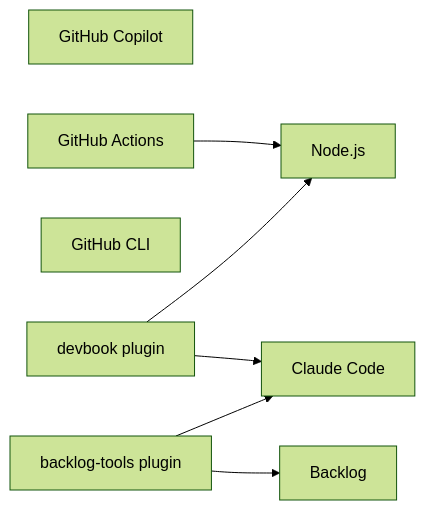
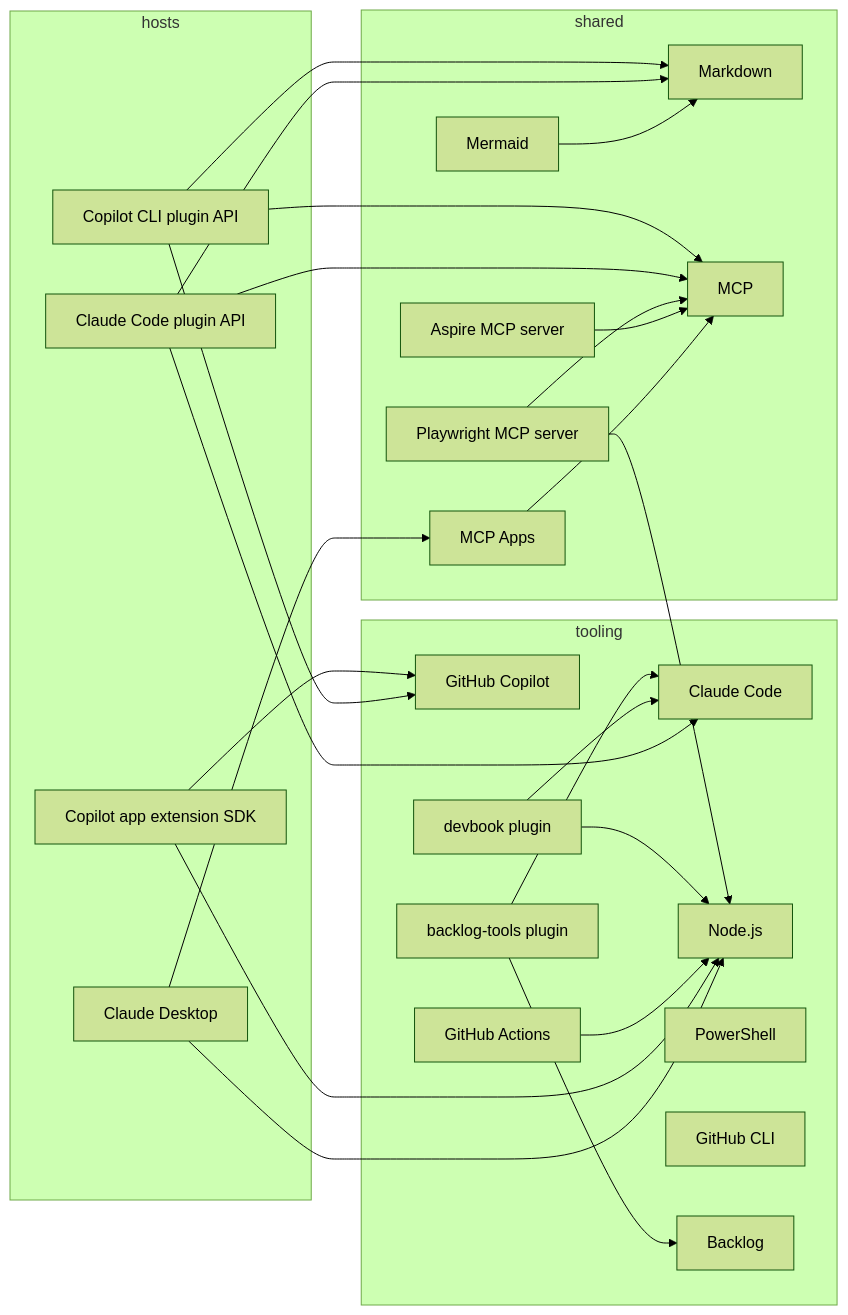
Before and after one commit to JSdotNet/ai-plugins: the diagram in .devbook/tech/technology-graph.md, drawn with Mermaid (forest theme). The commit also changed other lines of this file and 3 other files, not shown here.

First line of the commit message:
docs(tech): author the technology graph in three layers

````diff
--- a/.devbook/tech/technology-graph.md
+++ b/.devbook/tech/technology-graph.md
@@ -22,16 +23,48 @@
 ```mermaid
 graph LR
-    claude-code[Claude Code]
-    copilot[GitHub Copilot]
-    node[Node.js]
-    actions[GitHub Actions]
-    gh[GitHub CLI]
-    devbook[devbook plugin]
-    backlog[Backlog]
-    backlog-tools[backlog-tools plugin]
+    subgraph shared
+        markdown[Markdown]
+        mermaid[Mermaid]
+        mcp[MCP]
+        mcp-apps[MCP Apps]
+        aspire-mcp[Aspire MCP server]
+        playwright-mcp[Playwright MCP server]
+    end
+    subgraph hosts
+        claude-api[Claude Code plugin API]
+        copilot-api[Copilot CLI plugin API]
+        claude-desktop[Claude Desktop]
+        copilot-sdk[Copilot app extension SDK]
+    end
+    subgraph tooling
+        claude-code[Claude Code]
+        copilot[GitHub Copilot]
+        node[Node.js]
+        pwsh[PowerShell]
+        actions[GitHub Actions]
+        gh[GitHub CLI]
+        devbook[devbook plugin]
+        backlog[Backlog]
+        backlog-tools[backlog-tools plugin]
+    end
+    mermaid --> markdown
+    mcp-apps --> mcp
+    aspire-mcp --> mcp
+    playwright-mcp --> mcp
+    playwright-mcp --> node
+    claude-api --> claude-code
+    claude-api --> markdown
+    claude-api --> mcp
+    copilot-api --> copilot
+    copilot-api --> markdown
+    copilot-api --> mcp
+    claude-desktop --> mcp-apps
+    claude-desktop --> node
+    copilot-sdk --> copilot
+    copilot-sdk --> node
     actions --> node
     devbook --> node
     devbook --> claude-code
     backlog-tools --> claude-code
     backlog-tools --> backlog
 ```
````
